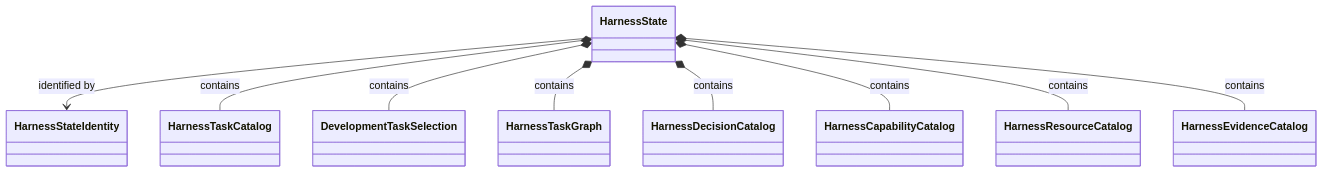
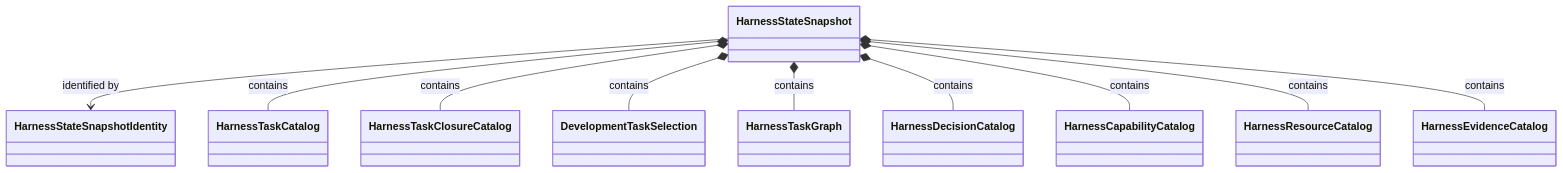
The fourth of 6 diagrams in docs/architecture/v2/harness/compiler-architecture.md (eragasa/ksdft2effmass), drawn with Mermaid before and after one commit. The commit also changed other lines of this file and 85 other files, not shown here.

Commit message:
docs(architecture): define workflow and harness agent v2

````diff
--- a/docs/architecture/v2/harness/compiler-architecture.md
+++ b/docs/architecture/v2/harness/compiler-architecture.md
@@ -131,21 +134,23 @@
 ```mermaid
 classDiagram
-    class HarnessState
-    class HarnessStateIdentity
+    class HarnessStateSnapshot
+    class HarnessStateSnapshotIdentity
     class HarnessTaskCatalog
+    class HarnessTaskClosureCatalog
     class DevelopmentTaskSelection
     class HarnessTaskGraph
     class HarnessDecisionCatalog
     class HarnessCapabilityCatalog
     class HarnessResourceCatalog
     class HarnessEvidenceCatalog
 
-    HarnessState --> HarnessStateIdentity : identified by
-    HarnessState *-- HarnessTaskCatalog : contains
-    HarnessState *-- DevelopmentTaskSelection : contains
-    HarnessState *-- HarnessTaskGraph : contains
-    HarnessState *-- HarnessDecisionCatalog : contains
-    HarnessState *-- HarnessCapabilityCatalog : contains
-    HarnessState *-- HarnessResourceCatalog : contains
-    HarnessState *-- HarnessEvidenceCatalog : contains
+    HarnessStateSnapshot --> HarnessStateSnapshotIdentity : identified by
+    HarnessStateSnapshot *-- HarnessTaskCatalog : contains
+    HarnessStateSnapshot *-- HarnessTaskClosureCatalog : contains
+    HarnessStateSnapshot *-- DevelopmentTaskSelection : contains
+    HarnessStateSnapshot *-- HarnessTaskGraph : contains
+    HarnessStateSnapshot *-- HarnessDecisionCatalog : contains
+    HarnessStateSnapshot *-- HarnessCapabilityCatalog : contains
+    HarnessStateSnapshot *-- HarnessResourceCatalog : contains
+    HarnessStateSnapshot *-- HarnessEvidenceCatalog : contains
 ```
````
